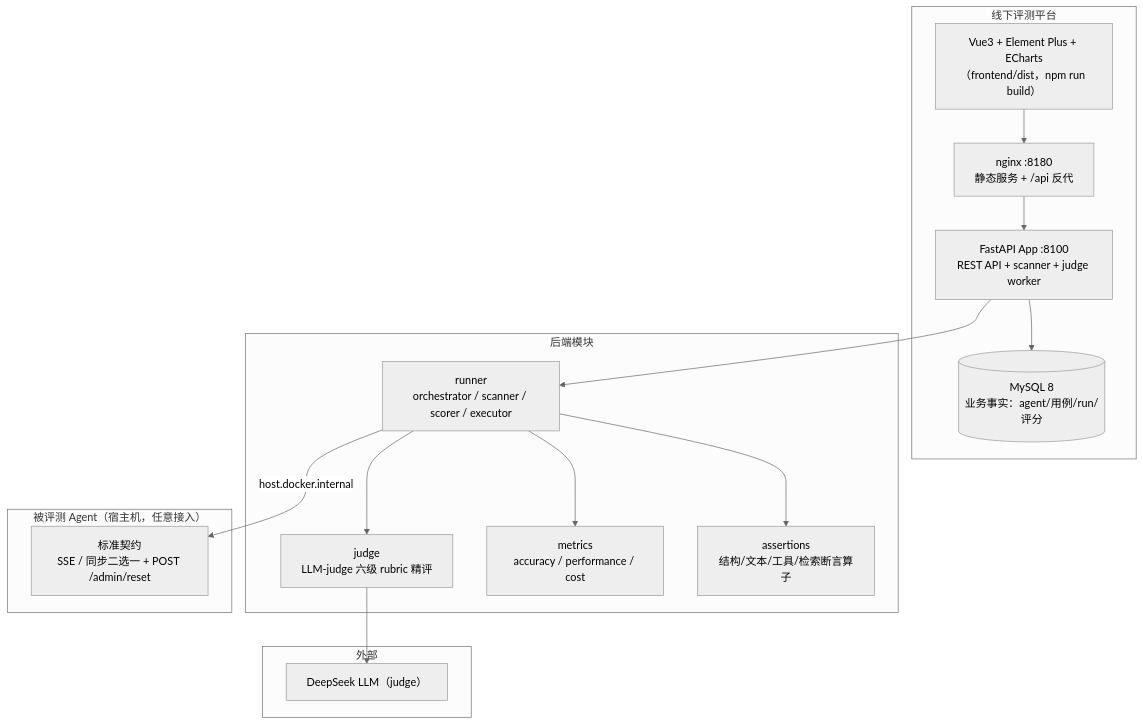
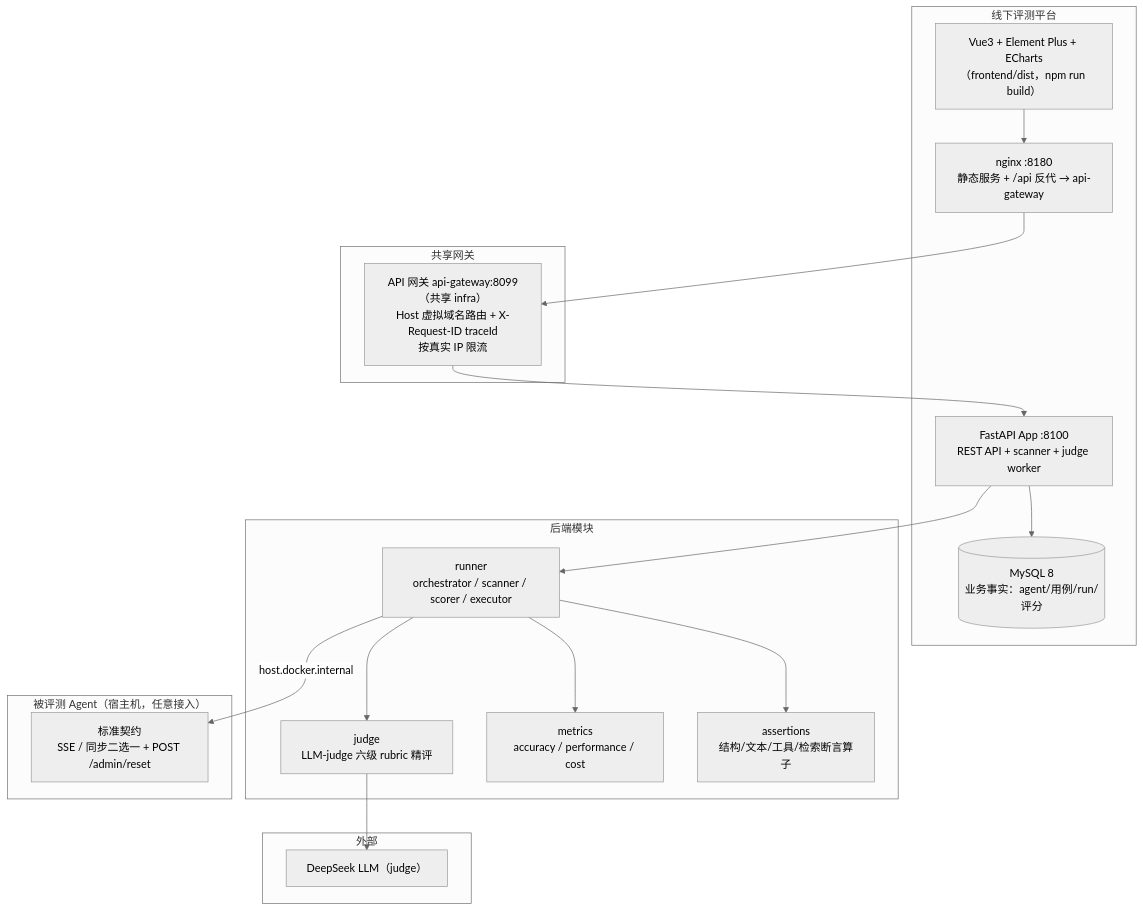
One commit to zhanggy1984/agent-evaluation-offline changed the diagram in README.md. Above: the diagram before and after it, drawn with Mermaid (neutral theme). The commit also changed 3 other files, not shown here.

First line of the commit message:
chore(gateway): 前端 nginx 接入统一 API 网关 + logging traceId 对齐

````diff
--- a/README.md
+++ b/README.md
@@ -122,31 +122,35 @@
 ```mermaid
 graph TB
     subgraph PLATFORM["线下评测平台"]
         WEB["Vue3 + Element Plus + ECharts<br/>（frontend/dist，npm run build）"]
-        NGINX["nginx :8180<br/>静态服务 + /api 反代"]
+        NGINX["nginx :8180<br/>静态服务 + /api 反代 → api-gateway"]
         API["FastAPI App :8100<br/>REST API + scanner + judge worker"]
         MYSQL[(MySQL 8<br/>业务事实：agent/用例/run/评分)]
+    end
+    subgraph 共享网关
+        GATEWAY["API 网关 api-gateway:8099（共享 infra）<br/>Host 虚拟域名路由 + X-Request-ID traceId<br/>按真实 IP 限流"]
     end
     subgraph MODULE["后端模块"]
         RUN["runner<br/>orchestrator / scanner / scorer / executor"]
         JUDGE["judge<br/>LLM-judge 六级 rubric 精评"]
         MET["metrics<br/>accuracy / performance / cost"]
         ASRT["assertions<br/>结构/文本/工具/检索断言算子"]
     end
     subgraph TARGET["被评测 Agent（宿主机，任意接入）"]
         AGENT["标准契约<br/>SSE / 同步二选一 + POST /admin/reset"]
     end
     subgraph EXT["外部"]
         DS["DeepSeek LLM（judge）"]
     end
 
     WEB --> NGINX
-    NGINX --> API
+    NGINX --> GATEWAY
+    GATEWAY --> API
     API --> RUN
     RUN --> JUDGE
     RUN --> MET
     RUN --> ASRT
     RUN -- host.docker.internal --> AGENT
     API --> MYSQL
     JUDGE --> DS
 ```
````
